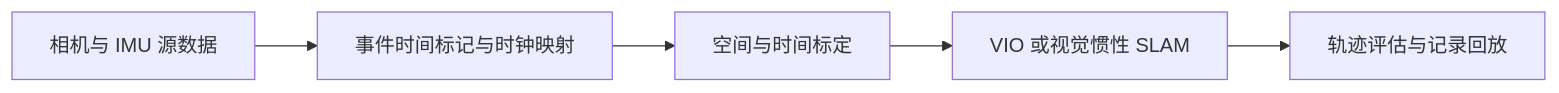
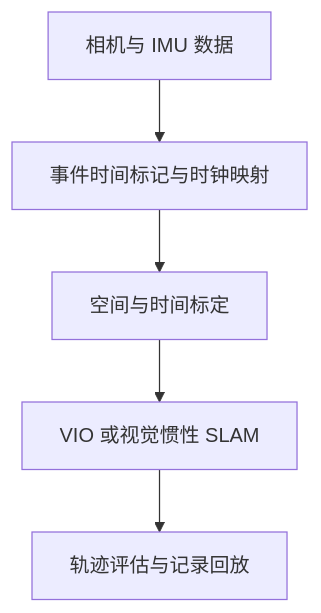
Before and after one commit to xensexyq/vio-atlas: the diagram in README-zh.md, drawn with Mermaid. The commit also changed other lines of this file and 3 other files, not shown here.

````diff
--- a/README-zh.md
+++ b/README-zh.md
@@ -40,7 +66,7 @@
 ```mermaid
-flowchart LR
-  S[相机与 IMU 源数据] --> T[事件时间标记与时钟映射]
+flowchart TB
+  S[相机与 IMU 数据] --> T[事件时间标记与时钟映射]
   T --> C[空间与时间标定]
   C --> V[VIO 或视觉惯性 SLAM]
   V --> E[轨迹评估与记录回放]
 ```
````
